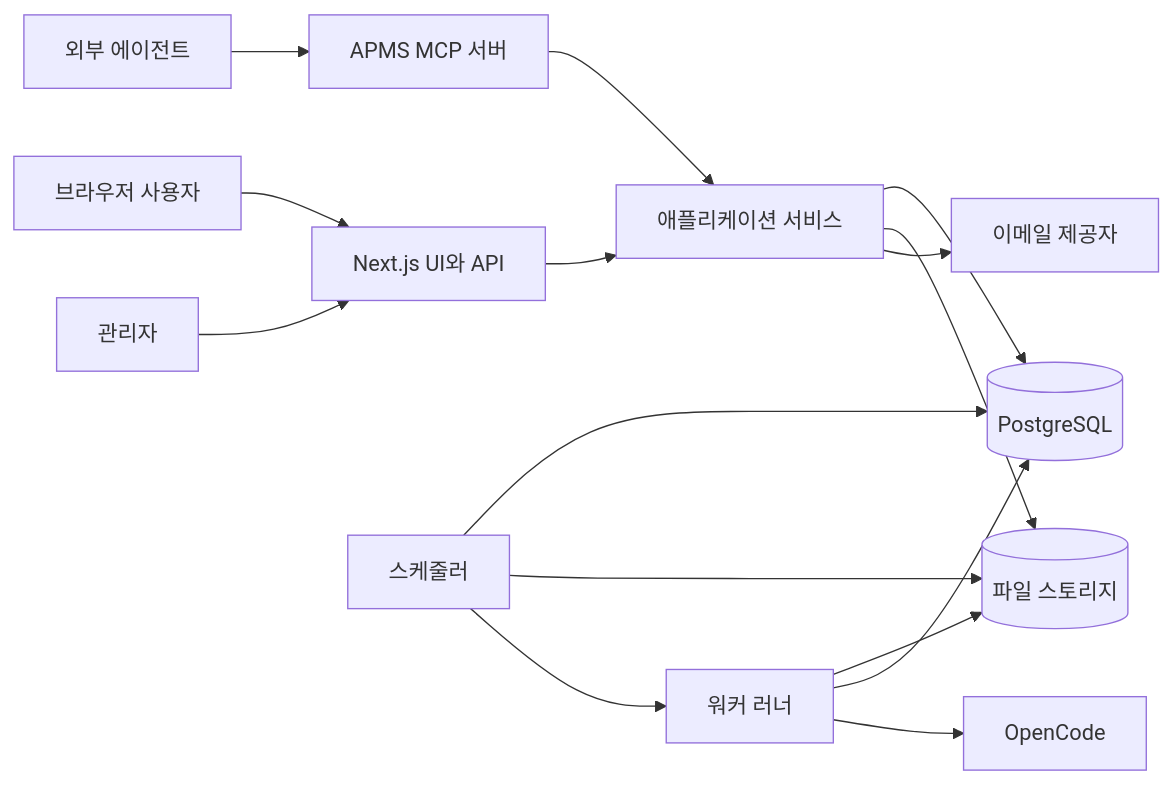
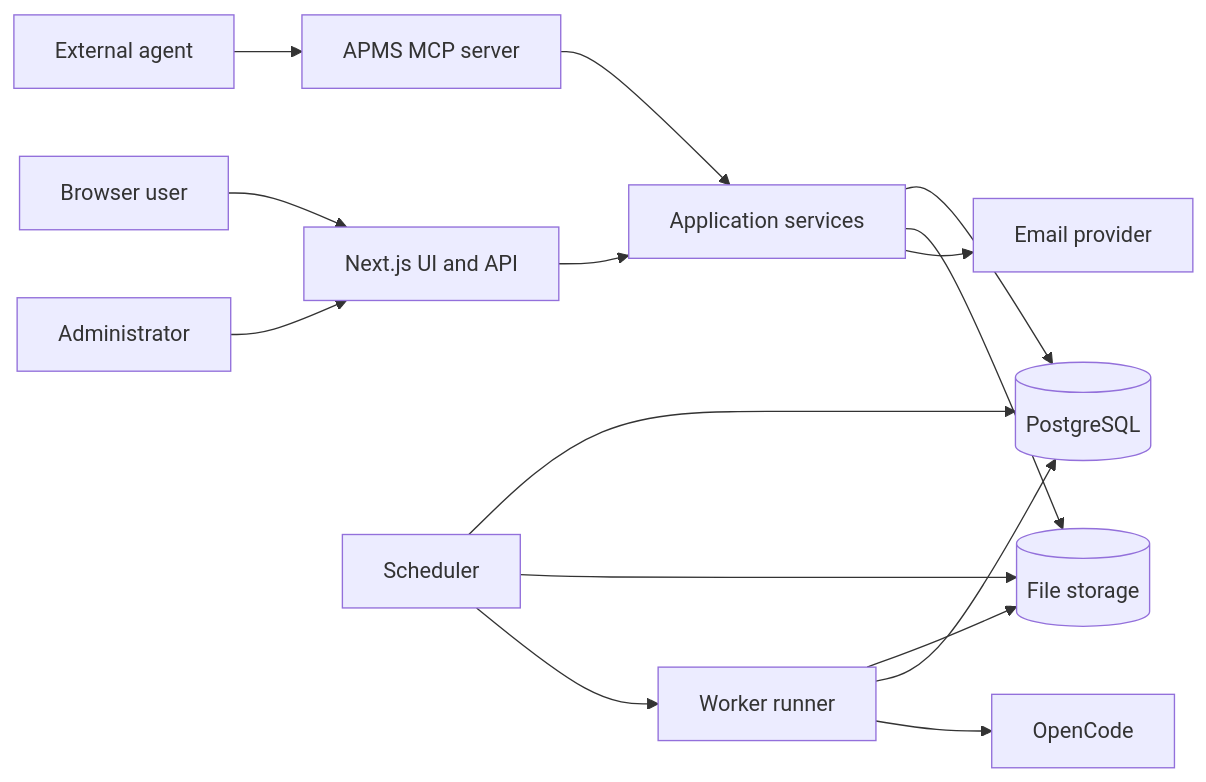
Before and after one commit to lisyoen/apms: the first of 5 diagrams in docs/ARCHITECTURE.md, drawn with Mermaid. The commit also changed other lines of this file and 20 other files, not shown here.

````diff
--- a/docs/ARCHITECTURE.md
+++ b/docs/ARCHITECTURE.md
@@ -35,17 +47,17 @@
 ```mermaid
 flowchart LR
-  U[브라우저 사용자] --> W[Next.js UI와 API]
-  A[관리자] --> W
-  M[외부 에이전트] --> MCP[APMS MCP 서버]
-  MCP --> SVC[애플리케이션 서비스]
+  U[Browser user] --> W[Next.js UI and API]
+  A[Administrator] --> W
+  M[External agent] --> MCP[APMS MCP server]
+  MCP --> SVC[Application services]
   W --> SVC
   SVC --> DB[(PostgreSQL)]
-  SVC --> FS[(파일 스토리지)]
-  SCH[스케줄러] --> DB
+  SVC --> FS[(File storage)]
+  SCH[Scheduler] --> DB
   SCH --> FS
-  SCH --> RUN[워커 러너]
+  SCH --> RUN[Worker runner]
   RUN --> FS
   RUN --> DB
   RUN --> OC[OpenCode]
-  SVC --> MAIL[이메일 제공자]
+  SVC --> MAIL[Email provider]
 ```
````
